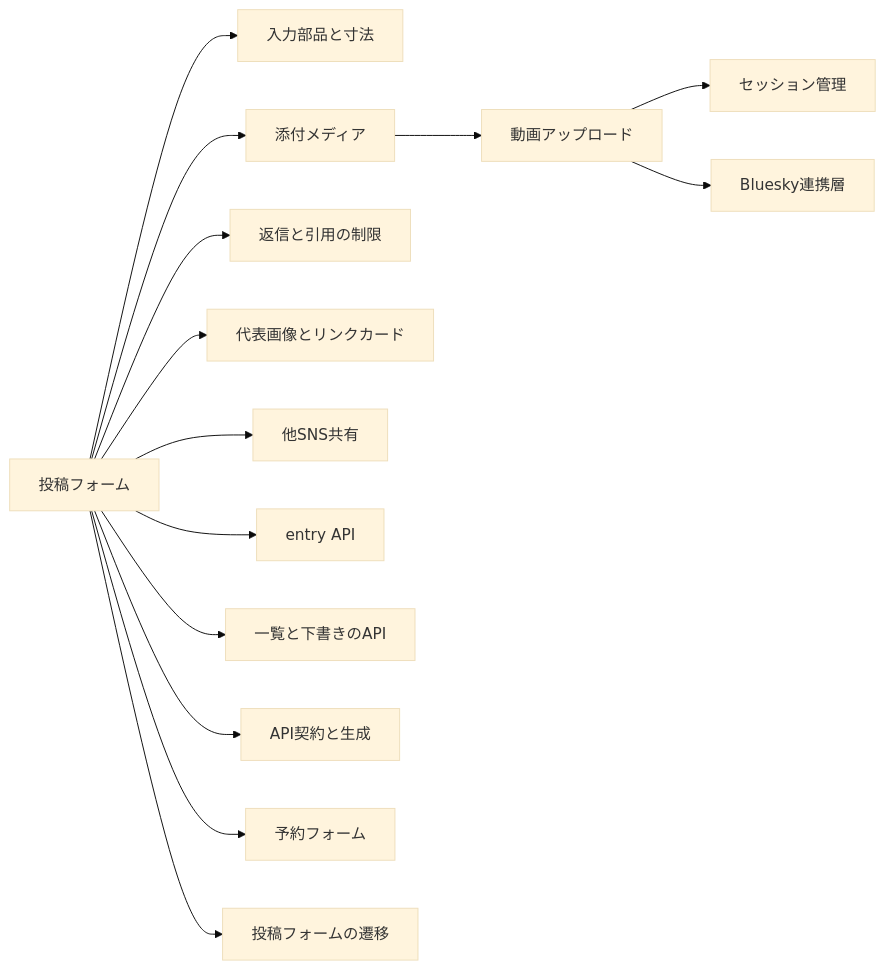
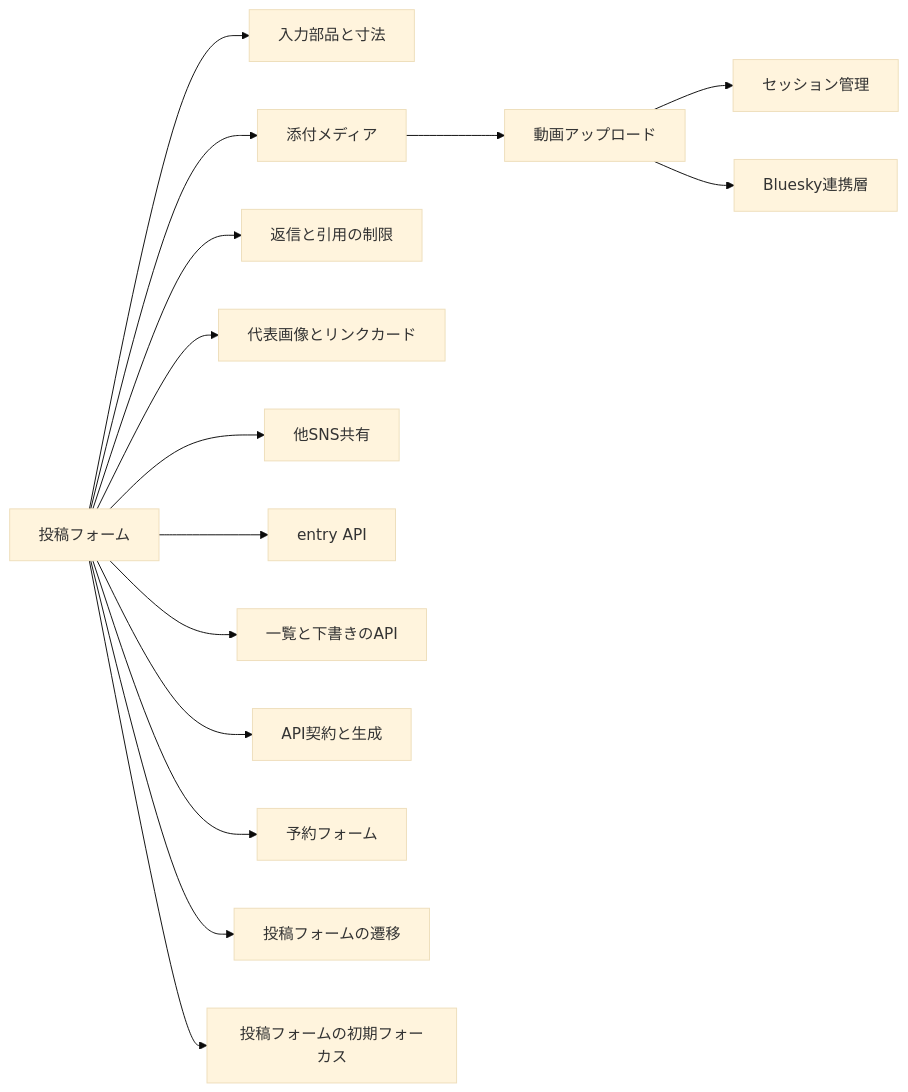
Before and after one commit to nekono-dev/skyshare: the first of 6 diagrams in docs/architecture/compose.md, drawn with Mermaid (base theme).

Commit message:
投稿の作成の関係図に初期フォーカスを追加
Claude-Session: https://claude.ai/code/session_01Jhr3RjuGZhAUGZzh8LpxRo

````diff
--- a/docs/architecture/compose.md
+++ b/docs/architecture/compose.md
@@ -37,16 +37,17 @@
 ```mermaid
 flowchart LR
   composer["投稿フォーム"] --> input["入力部品と寸法"]
   composer --> media["添付メディア"]
   composer --> gate["返信と引用の制限"]
   composer --> visual["代表画像とリンクカード"]
   composer --> share["他SNS共有"]
   composer --> entryapi["entry API"]
   composer --> listapi["一覧と下書きのAPI"]
   composer --> contract["API契約と生成"]
   composer --> schedule["予約フォーム"]
   composer --> navigation["投稿フォームの遷移"]
+  composer --> autofocus["投稿フォームの初期フォーカス"]
   media --> video["動画アップロード"]
   video --> session["セッション管理"]
   video --> atproto["Bluesky連携層"]
 ```
````
